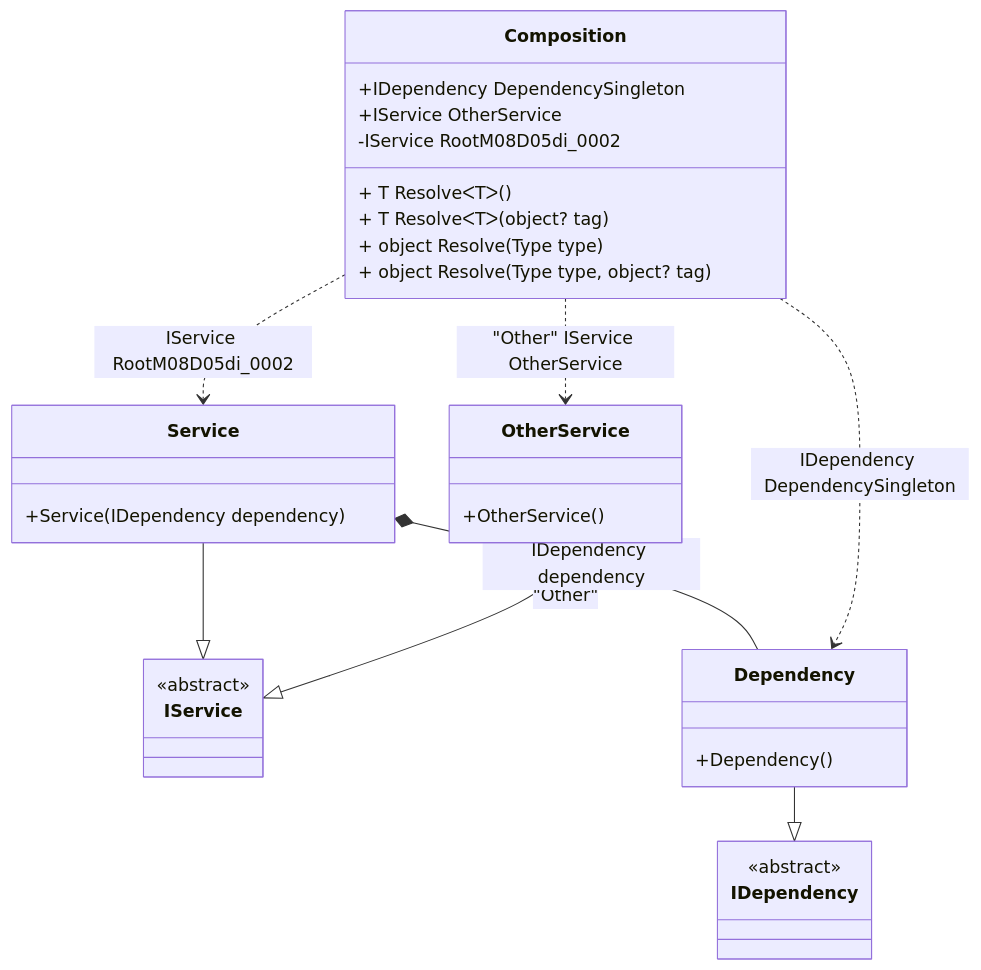
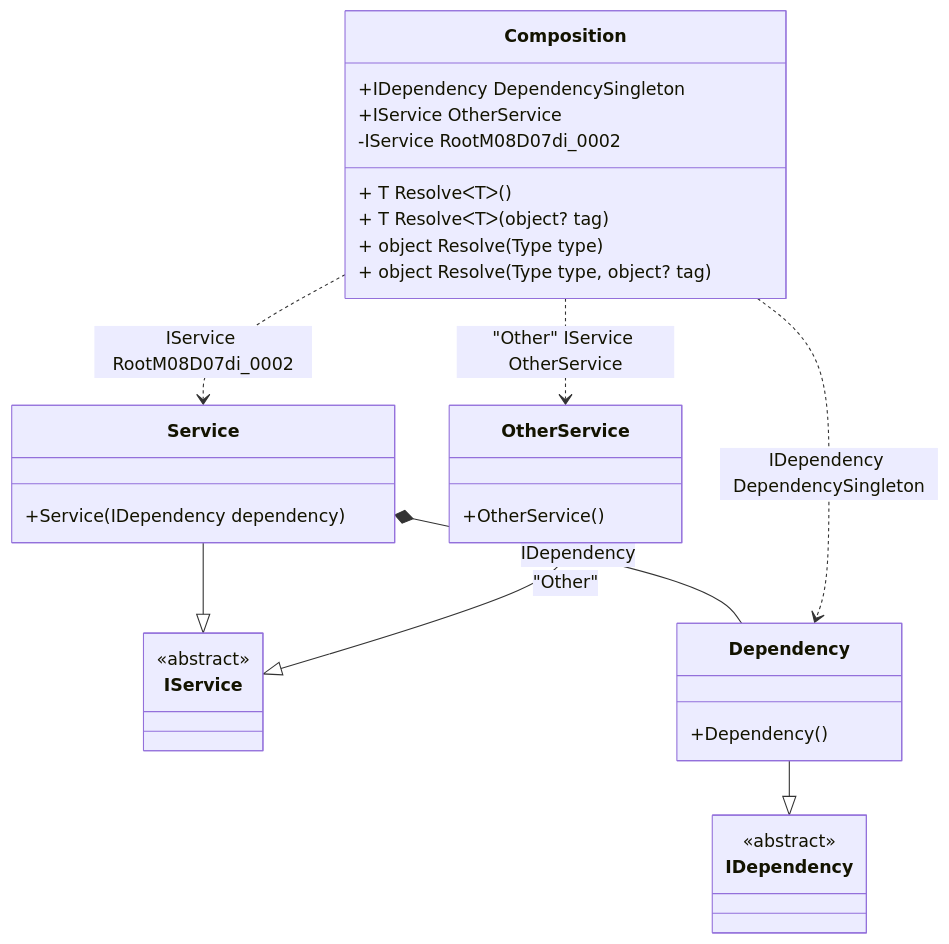
One commit to DevTeam/Pure.DI changed the diagram in readme/resolve-methods.md. Above: the diagram before and after it, drawn with Mermaid. The commit also changed other lines of this file and 84 other files, not shown here.

Commit message:
Supports the arguments of the root of the composition.

````diff
--- a/readme/resolve-methods.md
+++ b/readme/resolve-methods.md
@@ -47,34 +47,34 @@
 ```mermaid
 classDiagram
   class Composition {
     +IDependency DependencySingleton
     +IService OtherService
-    -IService RootM08D05di_0002
+    -IService RootM08D07di_0002
     + T ResolveᐸTᐳ()
     + T ResolveᐸTᐳ(object? tag)
     + object Resolve(Type type)
     + object Resolve(Type type, object? tag)
   }
   Service --|> IService : 
   class Service {
     +Service(IDependency dependency)
   }
   Dependency --|> IDependency : 
   class Dependency {
     +Dependency()
   }
   OtherService --|> IService : "Other" 
   class OtherService {
     +OtherService()
   }
   class IService {
     <<abstract>>
   }
   class IDependency {
     <<abstract>>
   }
-  Service *--  Dependency : IDependency dependency
+  Service *--  Dependency : IDependency
   Composition ..> Dependency : IDependency DependencySingleton
-  Composition ..> Service : IService RootM08D05di_0002
+  Composition ..> Service : IService RootM08D07di_0002
   Composition ..> OtherService : "Other" IService OtherService
 ```
````
